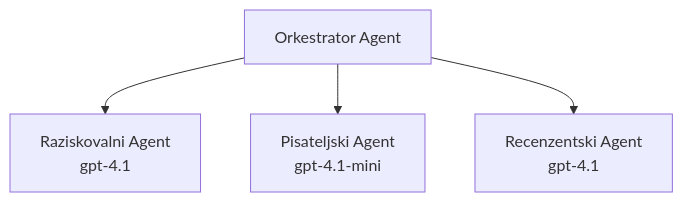
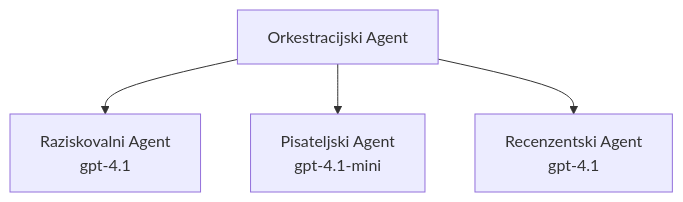
The third of 3 diagrams in translations/sl/docs/chapter-02-ai-development/agents.md (microsoft/AZD-for-beginners), drawn with Mermaid before and after one commit. The commit also changed other lines of this file and 101 other files, not shown here.

````diff
--- a/translations/sl/docs/chapter-02-ai-development/agents.md
+++ b/translations/sl/docs/chapter-02-ai-development/agents.md
@@ -189,6 +194,6 @@
 ```mermaid
 graph TD
-    Orchestrator[Orkestrator Agent] --> Research[Raziskovalni Agent<br/>gpt-4.1]
+    Orchestrator[Orkestracijski Agent] --> Research[Raziskovalni Agent<br/>gpt-4.1]
     Orchestrator --> Writer[Pisateljski Agent<br/>gpt-4.1-mini]
     Orchestrator --> Reviewer[Recenzentski Agent<br/>gpt-4.1]
 ```
````
